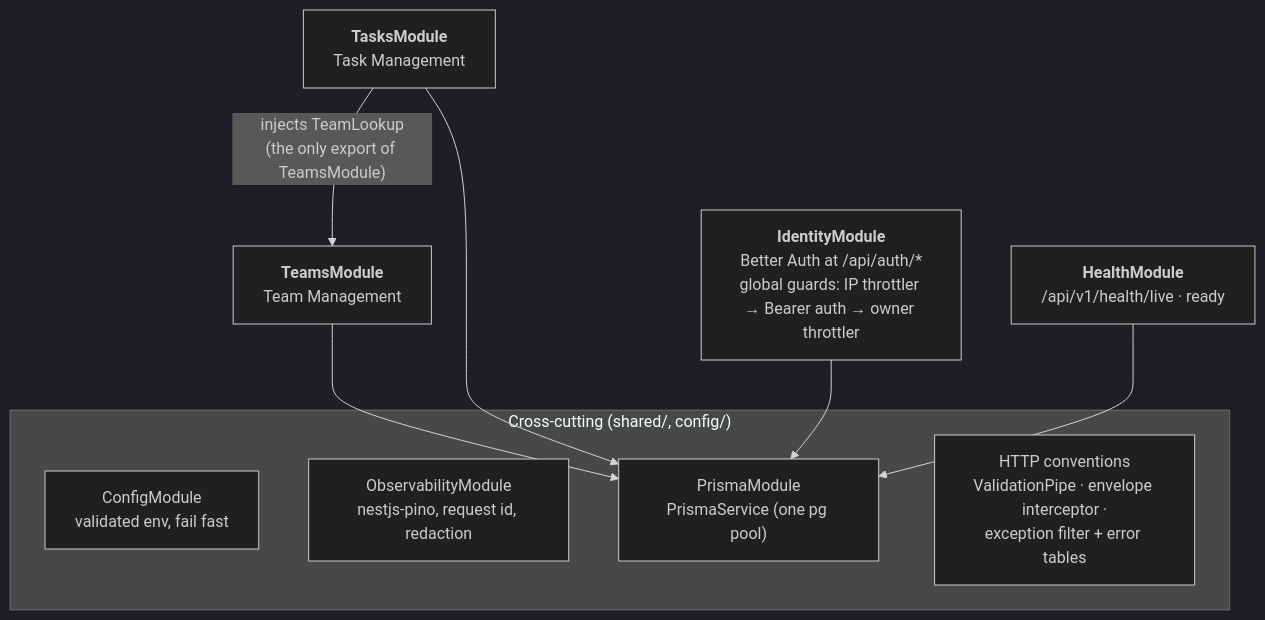
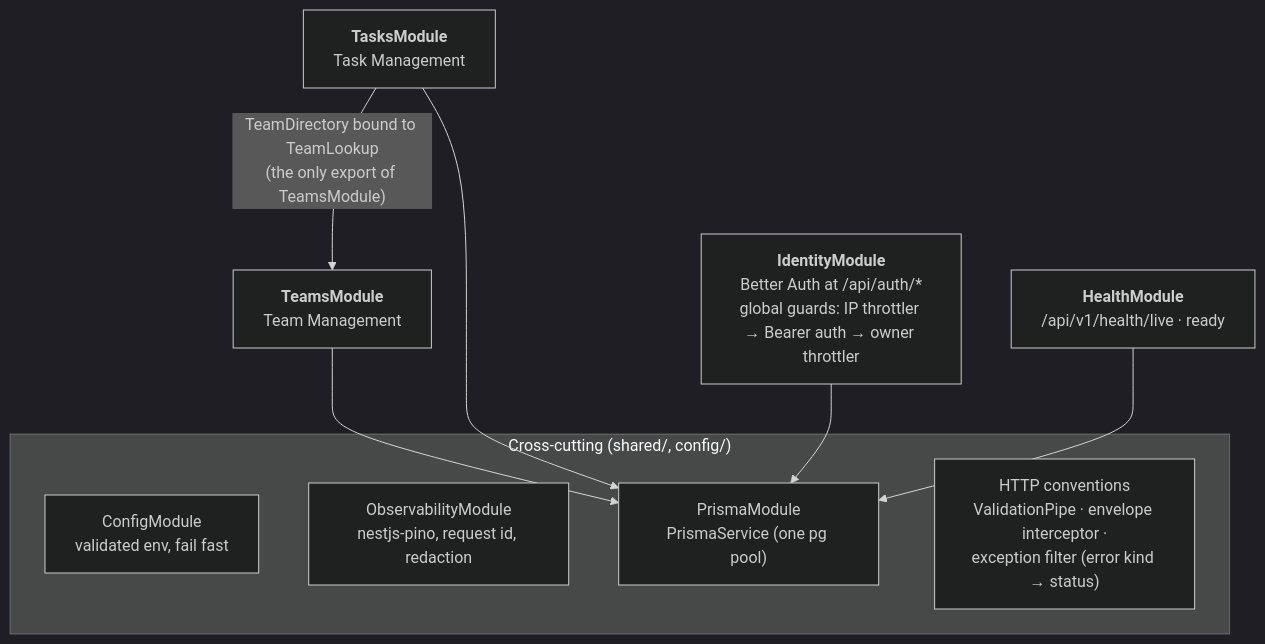
The second of 4 diagrams in docs/architecture/overview.md (rodriguesdenis/hitss), drawn with Mermaid (dark theme) before and after one commit. The commit also changed other lines of this file and 5 other files, not shown here.

First line of the commit message:
docs: describe the spec 009 module layout and error model

````diff
--- a/docs/architecture/overview.md
+++ b/docs/architecture/overview.md
@@ -33,19 +33,19 @@
 ```mermaid
 flowchart TB
   subgraph cross["Cross-cutting (shared/, config/)"]
     cfg["ConfigModule<br/>validated env, fail fast"]
     obs["ObservabilityModule<br/>nestjs-pino, request id, redaction"]
     prisma["PrismaModule<br/>PrismaService (one pg pool)"]
-    http["HTTP conventions<br/>ValidationPipe · envelope interceptor ·<br/>exception filter + error tables"]
+    http["HTTP conventions<br/>ValidationPipe · envelope interceptor ·<br/>exception filter (error kind → status)"]
   end
   identity["<b>IdentityModule</b><br/>Better Auth at /api/auth/*<br/>global guards: IP throttler → Bearer auth → owner throttler"]
   teams["<b>TeamsModule</b><br/>Team Management"]
   tasks["<b>TasksModule</b><br/>Task Management"]
   health["<b>HealthModule</b><br/>/api/v1/health/live · ready"]
 
-  tasks -- "injects TeamLookup<br/>(the only export of TeamsModule)" --> teams
+  tasks -- "TeamDirectory bound to TeamLookup<br/>(the only export of TeamsModule)" --> teams
   teams --> prisma
   tasks --> prisma
   identity --> prisma
   health --> prisma
 ```
````
